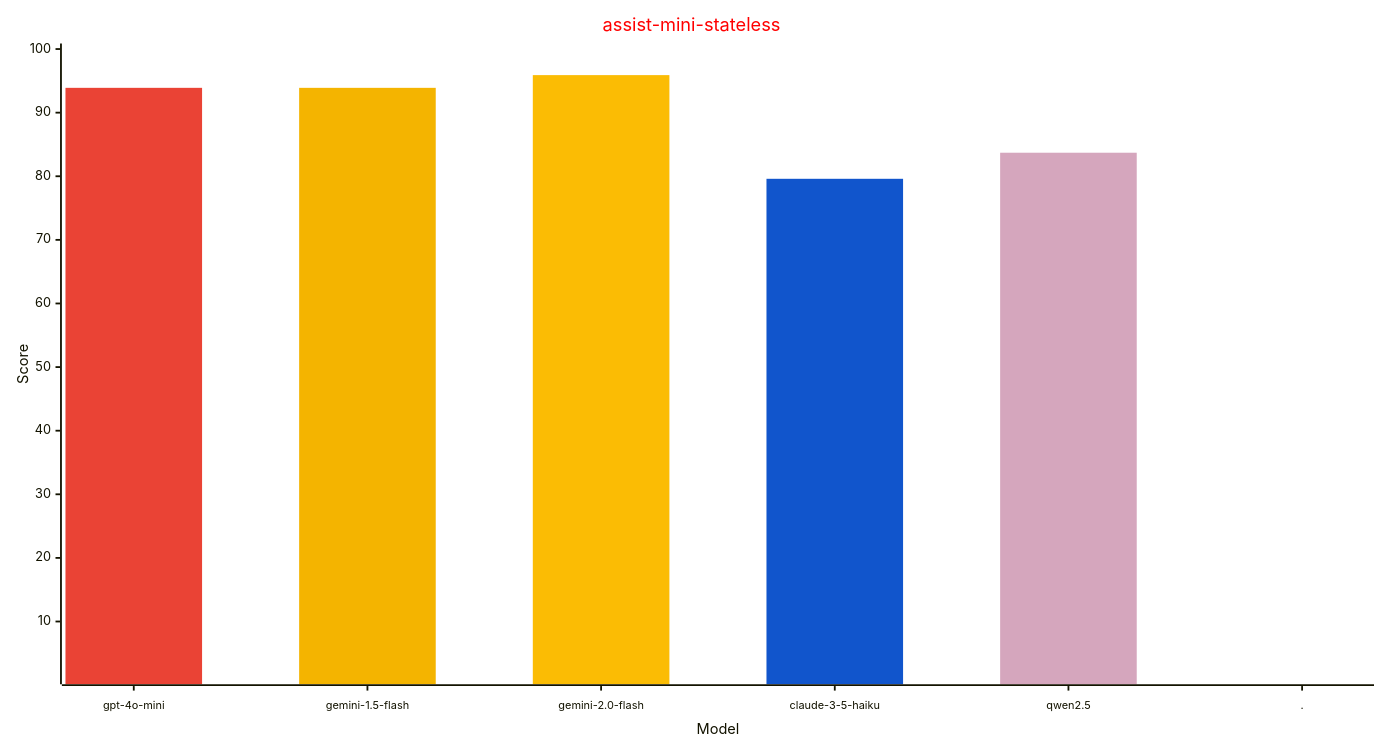
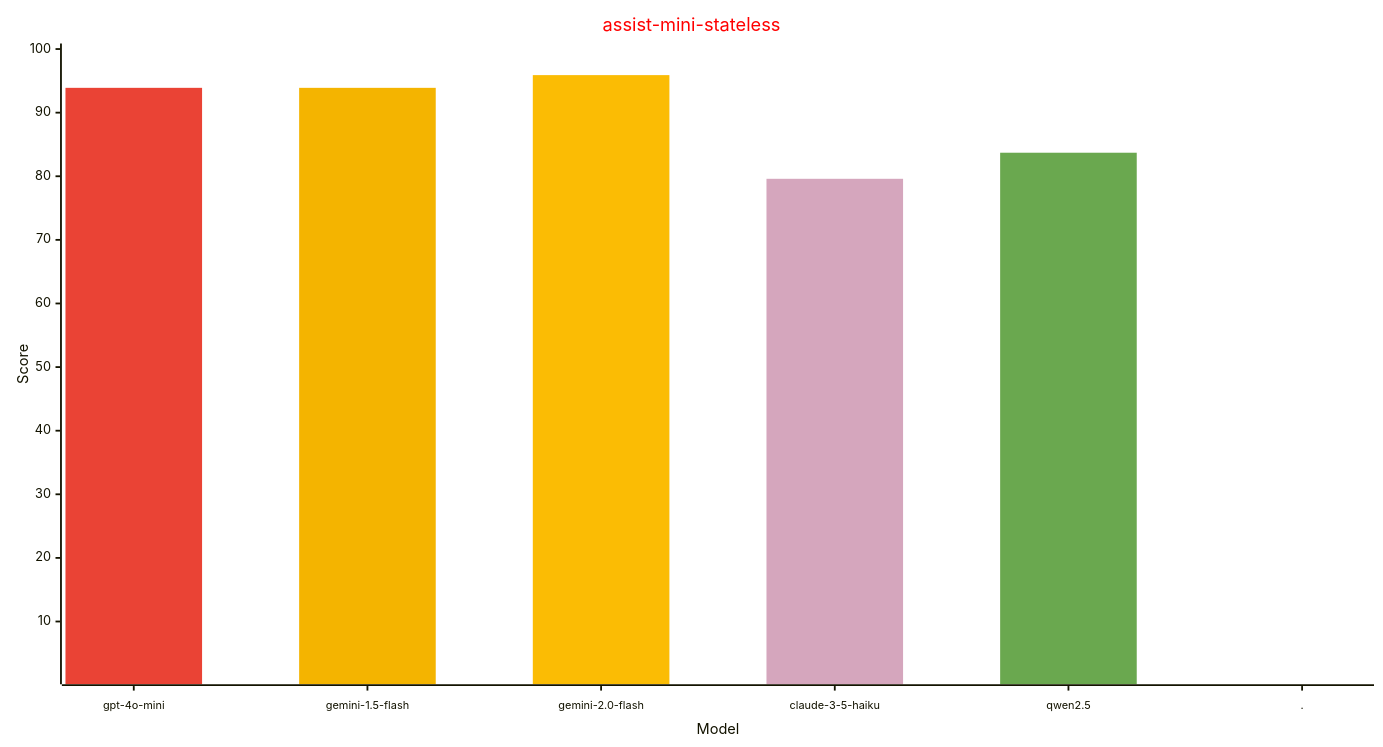
One commit to allenporter/home-assistant-datasets changed the second of 3 diagrams in reports/README.md. Above: the diagram before and after it, drawn with Mermaid. The commit also changed other lines of this file and 82 other files, not shown here.

````diff
--- a/reports/README.md
+++ b/reports/README.md
@@ -108,26 +108,26 @@
 ```mermaid
 ---
 config:
     xyChart:
         width: 1500
         height: 800
         xAxis:
           labelFontSize: 12
           labelPadding: 8
     themeVariables:
         xyChart:
             titleColor: "#ff0000"
-            plotColorPalette: "#ea4335, #f4b400, #fbbc04, #1155cc, #d5a6bd, #4285f4"
+            plotColorPalette: "#ea4335, #f4b400, #fbbc04, #d5a6bd, #6aa84f, #4285f4"
 
 ---
 xychart-beta
   title "assist-mini-stateless"
   x-axis "Model" [gpt-4o-mini, gemini-1.5-flash, gemini-2.0-flash, claude-3-5-haiku, qwen2.5, .]
   y-axis "Score" 1 --> 100
   bar [93.9, 0.0, 0.0, 0.0, 0.0, 0.0]
   bar [0.0, 93.9, 0.0, 0.0, 0.0, 0.0]
   bar [0.0, 0.0, 95.9, 0.0, 0.0, 0.0]
   bar [0.0, 0.0, 0.0, 79.6, 0.0, 0.0]
   bar [0.0, 0.0, 0.0, 0.0, 83.7, 0.0]
   bar [0.0, 0.0, 0.0, 0.0, 0.0, -1.0]
 ```
````
